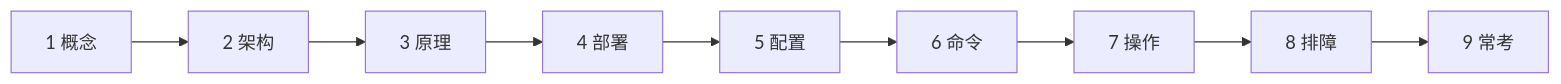
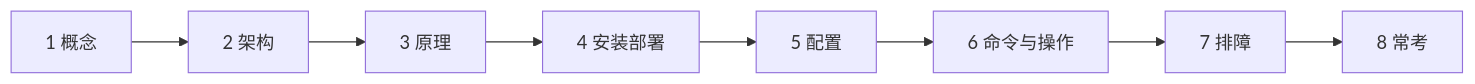
One commit to ml-cuizijun/LearnToLilith changed the first of 13 diagrams in 04-Kubernetes/01-集群架构/知识点.md. Above: the diagram before and after it, drawn with Mermaid. The commit also changed other lines of this file and 213 other files, not shown here.

````diff
--- a/04-Kubernetes/01-集群架构/知识点.md
+++ b/04-Kubernetes/01-集群架构/知识点.md
@@ -3,11 +3,10 @@
 ```mermaid
 flowchart LR
     a[1 概念] --> b[2 架构]
     b --> c[3 原理]
-    c --> d[4 部署]
+    c --> d[4 安装部署]
     d --> e[5 配置]
-    e --> f[6 命令]
-    f --> g[7 操作]
-    g --> h[8 排障]
-    h --> i[9 常考]
+    e --> f[6 命令与操作]
+    f --> g[7 排障]
+    g --> h[8 常考]
 ```
````
